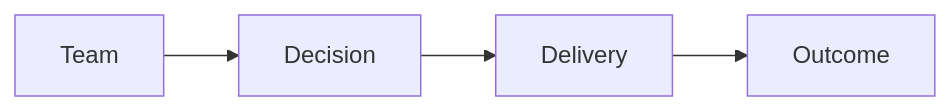
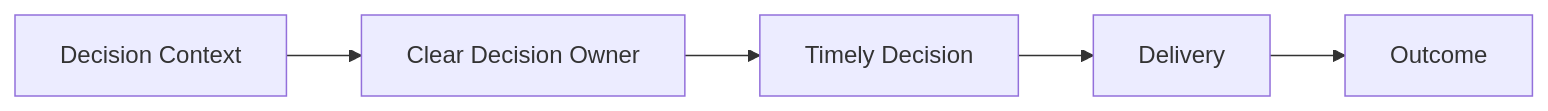
Before and after one commit to Pettersson-dev/Pettersson-dev.github.io: the first of 2 diagrams in _posts/2026-07-13-confusing-order-with-bottlenecks.md, drawn with Mermaid. The commit also changed other lines of this file, not shown here.

````diff
--- a/_posts/2026-07-13-confusing-order-with-bottlenecks.md
+++ b/_posts/2026-07-13-confusing-order-with-bottlenecks.md
@@ -76,6 +71,13 @@
 ```mermaid
 flowchart LR
-    Team --> Decision
+    Context["Decision Context"]
+    Owner["Clear Decision Owner"]
+    Decision["Timely Decision"]
+    Delivery["Delivery"]
+    Outcome["Outcome"]
+
+    Context --> Owner
+    Owner --> Decision
     Decision --> Delivery
     Delivery --> Outcome
 ```
````
